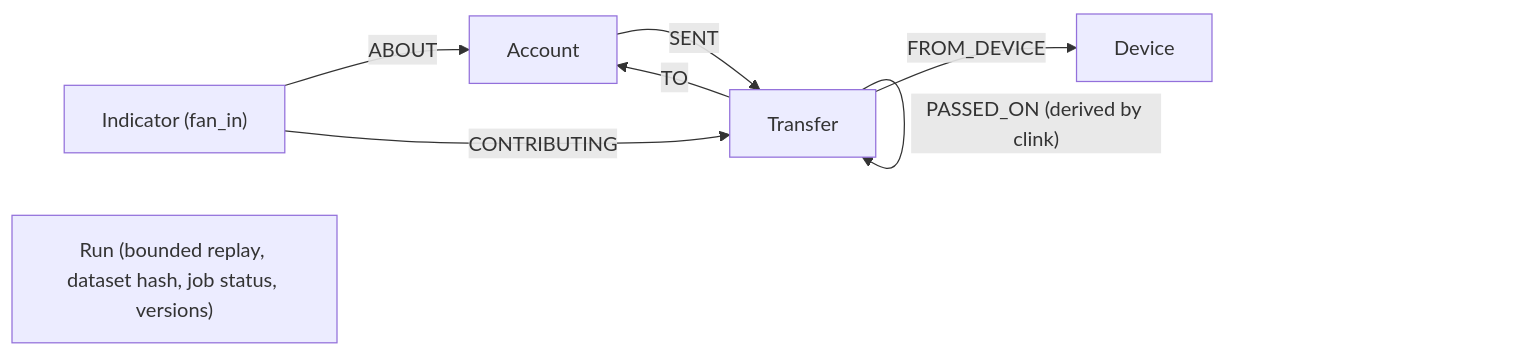
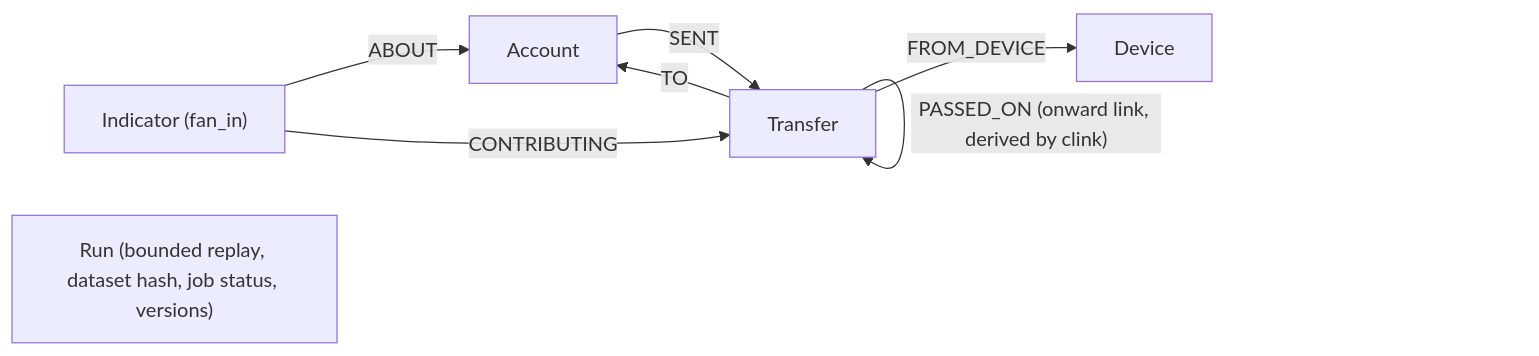
The diagram in README.md (orhaugh/streaming-alert-case), drawn with Mermaid before and after one commit. The commit also changed other lines of this file and 44 other files, not shown here.

````diff
--- a/README.md
+++ b/README.md
@@ -60,10 +115,10 @@
 ```mermaid
 flowchart LR
     A["Account"] -- "SENT" --> T["Transfer"]
     T -- "TO" --> A
     T -- "FROM_DEVICE" --> D["Device"]
     I["Indicator (fan_in)"] -- "ABOUT" --> A
     I -- "CONTRIBUTING" --> T
-    T -- "PASSED_ON (derived by clink)" --> T
+    T -- "PASSED_ON (onward link, derived by clink)" --> T
     R["Run (bounded replay, dataset hash, job status, versions)"]
 ```
````
